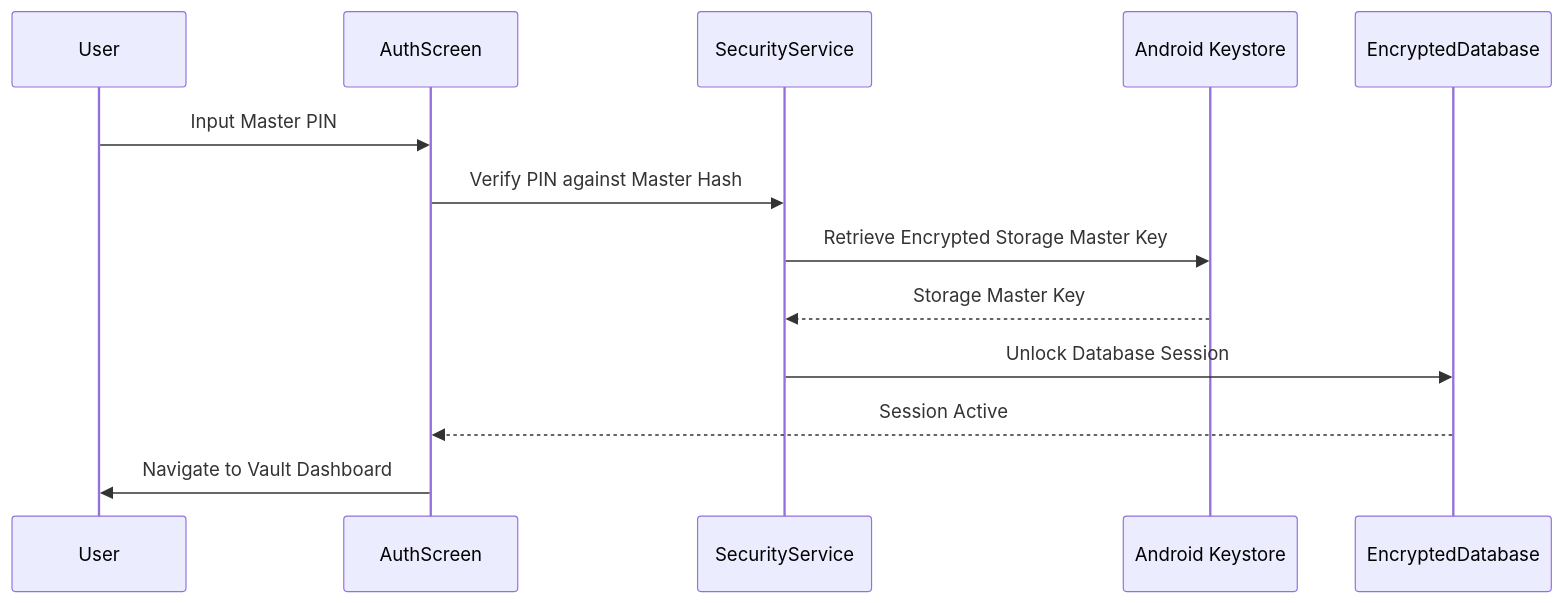
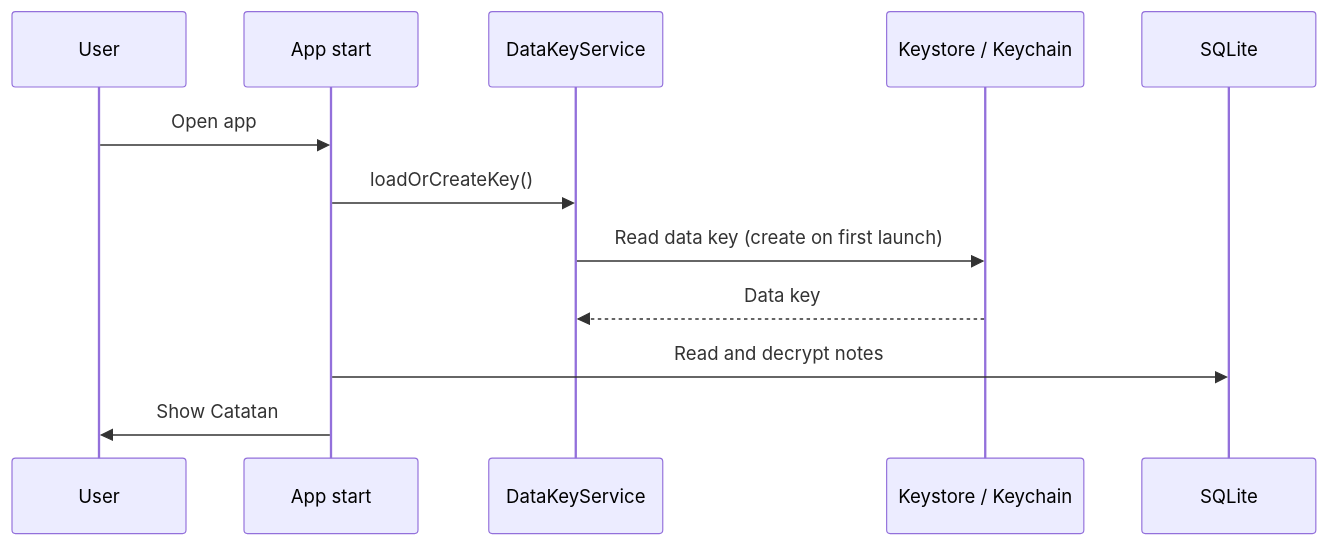
The diagram in docs/PROJECT.md (AbdurRouf05/offline-vault), drawn with Mermaid before and after one commit. The commit also changed other lines of this file and 5 other files, not shown here.

Commit message:
docs: update docs and handoff for notes-only app

````diff
--- a/docs/PROJECT.md
+++ b/docs/PROJECT.md
@@ -52,16 +51,15 @@
 ```mermaid
 sequenceDiagram
   participant U as User
-  participant A as AuthScreen
-  participant S as SecurityService
-  participant K as Android Keystore
-  participant DB as EncryptedDatabase
+  participant A as App start
+  participant S as DataKeyService
+  participant K as Keystore / Keychain
+  participant DB as SQLite
 
-  U->>A: Input Master PIN
-  A->>S: Verify PIN against Master Hash
-  S->>K: Retrieve Encrypted Storage Master Key
-  K-->>S: Storage Master Key
-  S->>DB: Unlock Database Session
-  DB-->>A: Session Active
-  A->>U: Navigate to Vault Dashboard
+  U->>A: Open app
+  A->>S: loadOrCreateKey()
+  S->>K: Read data key (create on first launch)
+  K-->>S: Data key
+  A->>DB: Read and decrypt notes
+  A->>U: Show Catatan
 ```
````
